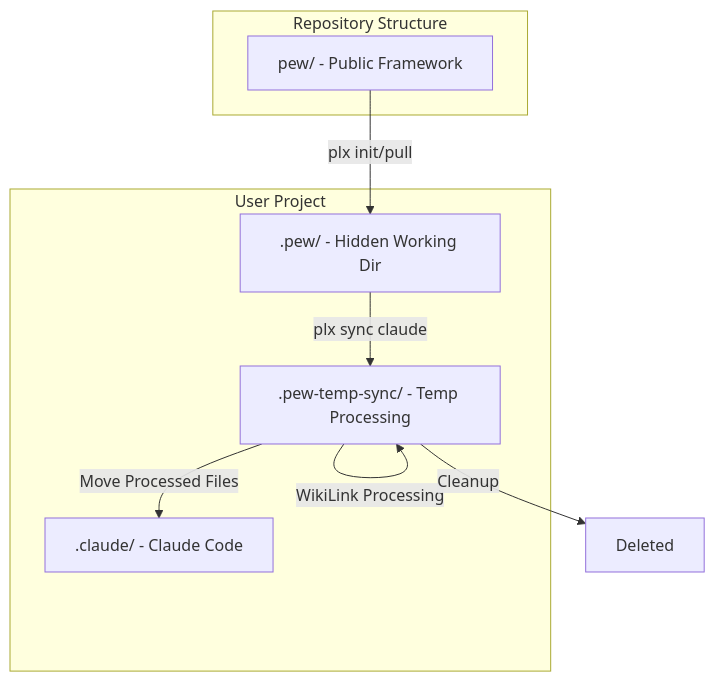
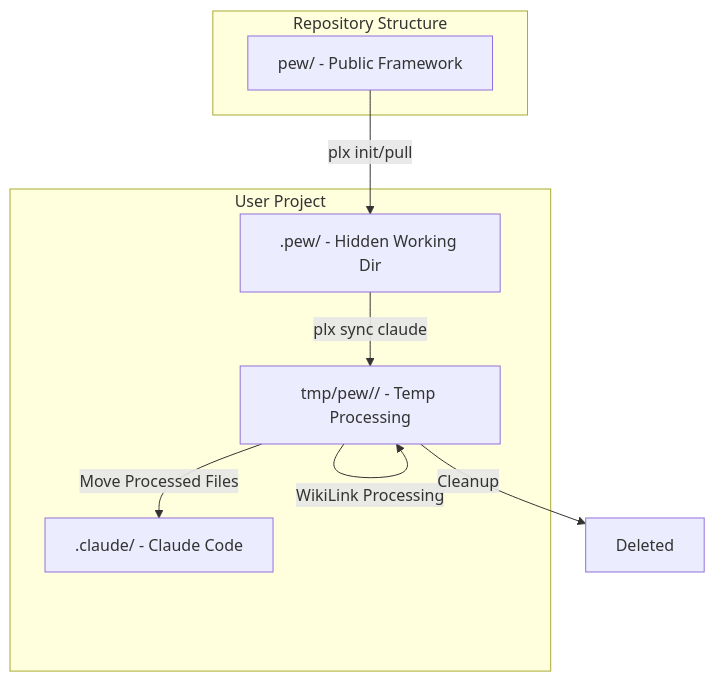
One commit to its-brianwithai/pew-pew-plx changed the diagram in framework-folder-migration-pull-request.md. Above: the diagram before and after it, drawn with Mermaid. The commit also changed other lines of this file and 321 other files, not shown here.

````diff
--- a/framework-folder-migration-pull-request.md
+++ b/framework-folder-migration-pull-request.md
@@ -239,18 +239,18 @@
 ```mermaid
 graph TD
     subgraph "Repository Structure"
         A[pew/ - Public Framework]
     end
     
     subgraph "User Project"
         B[.pew/ - Hidden Working Dir]
-        C[.pew-temp-sync/ - Temp Processing]
+        C[tmp/pew// - Temp Processing]
         D[.claude/ - Claude Code]
     end
     
     A -->|plx init/pull| B
     B -->|plx sync claude| C
     C -->|WikiLink Processing| C
     C -->|Move Processed Files| D
     C -->|Cleanup| E[Deleted]
 ```
````
